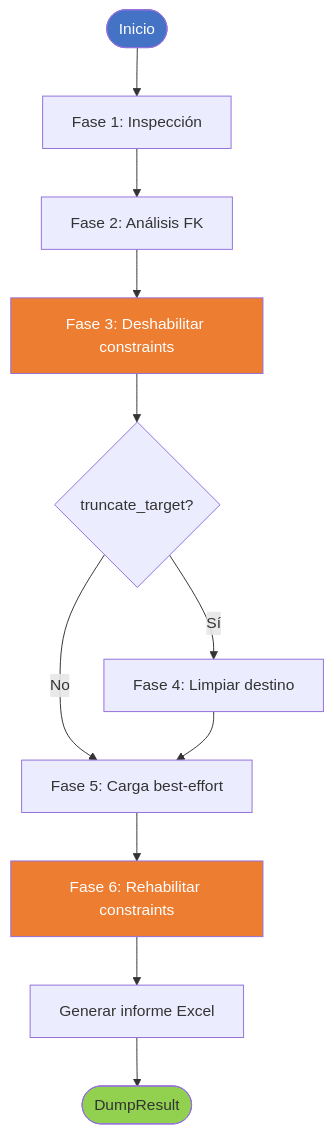
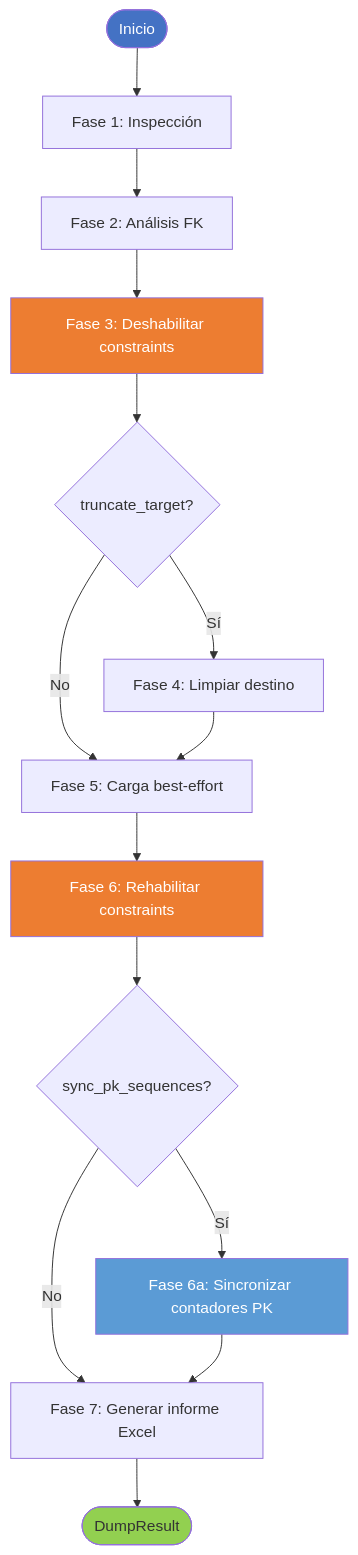
The diagram in docs/functional/dump-data-export.md (fmanza/util_bbdd), drawn with Mermaid before and after one commit. The commit also changed other lines of this file and 13 other files, not shown here.

````diff
--- a/docs/functional/dump-data-export.md
+++ b/docs/functional/dump-data-export.md
@@ -30,18 +30,22 @@
 ```mermaid
 flowchart TD
     A([Inicio]) --> B[Fase 1: Inspección]
     B --> C[Fase 2: Análisis FK]
     C --> D[Fase 3: Deshabilitar constraints]
     D --> E{truncate_target?}
     E -- Sí --> F[Fase 4: Limpiar destino]
     E -- No --> G
     F --> G[Fase 5: Carga best-effort]
     G --> H[Fase 6: Rehabilitar constraints]
-    H --> I[Generar informe Excel]
+    H --> J{sync_pk_sequences?}
+    J -- Sí --> K[Fase 6a: Sincronizar contadores PK]
+    J -- No --> I
+    K --> I[Fase 7: Generar informe Excel]
     I --> Z([DumpResult])
 
     style A fill:#4472C4,color:#fff
     style Z fill:#92D050,color:#333
     style D fill:#ED7D31,color:#fff
     style H fill:#ED7D31,color:#fff
+    style K fill:#5B9BD5,color:#fff
 ```
````
